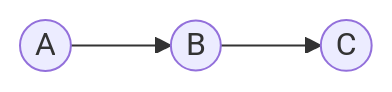
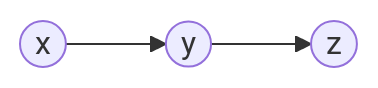
Before and after one commit to uni-notes/uni-notes: the first of 4 diagrams in docs/CS_Electives/AI/07_Bayesian.md, drawn with Mermaid. The commit also changed other lines of this file and 544 other files, not shown here.

````diff
--- a/docs/CS_Electives/AI/07_Bayesian.md
+++ b/docs/CS_Electives/AI/07_Bayesian.md
@@ -24,5 +83,5 @@
 ```mermaid
-  graph LR;
-    A((A))-->B((B));
-    B((B))-->C((C));
+graph LR
+x((x))-->y((y))
+y((y))-->z((z))
 ```
````
